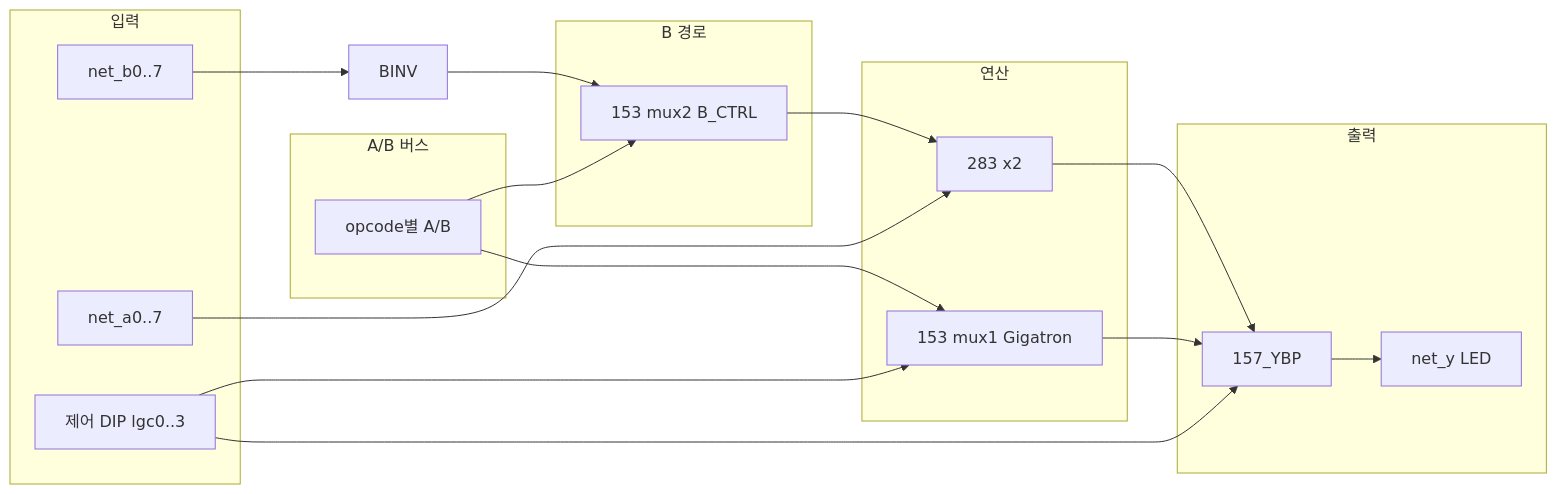
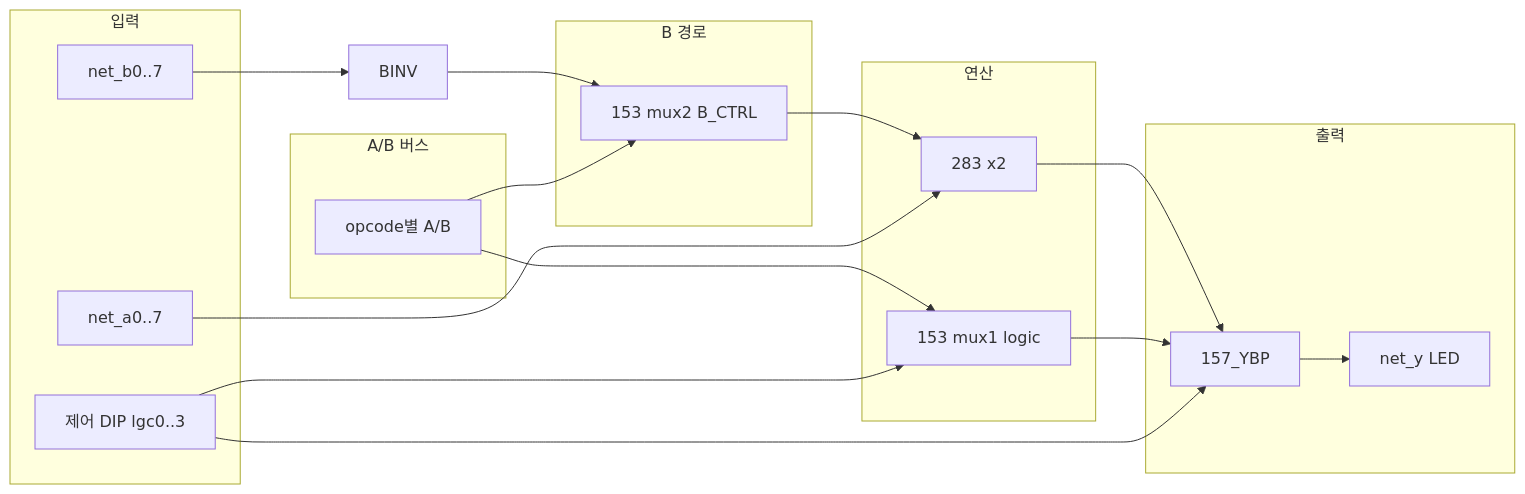
One commit to Flkalas/plover changed the diagram in reference/hw-bringup/alu8-assembly-spec.md. Above: the diagram before and after it, drawn with Mermaid. The commit also changed other lines of this file and 37 other files, not shown here.

````diff
--- a/reference/hw-bringup/alu8-assembly-spec.md
+++ b/reference/hw-bringup/alu8-assembly-spec.md
@@ -37,31 +37,31 @@
 ```mermaid
 flowchart LR
   subgraph inputs [입력]
     A[net_a0..7]
     B[net_b0..7]
     CTL[제어 DIP lgc0..3]
   end
   subgraph bpath [B 경로]
     MUX[153 mux2 B_CTRL]
   end
   subgraph core [연산]
     ADD[283 x2]
-    LOGIC[153 mux1 Gigatron]
+    LOGIC[153 mux1 logic]
   end
   subgraph ab [A/B 버스]
     ABBUS[opcode별 A/B]
   end
   subgraph out [출력]
     YBP[157_YBP]
     Y[net_y LED]
   end
   B --> BINV --> MUX --> ADD
   A --> ADD
   ABBUS --> MUX
   ABBUS --> LOGIC
   CTL --> LOGIC
   ADD --> YBP
   LOGIC --> YBP
   CTL --> YBP
   YBP --> Y
 ```
````
